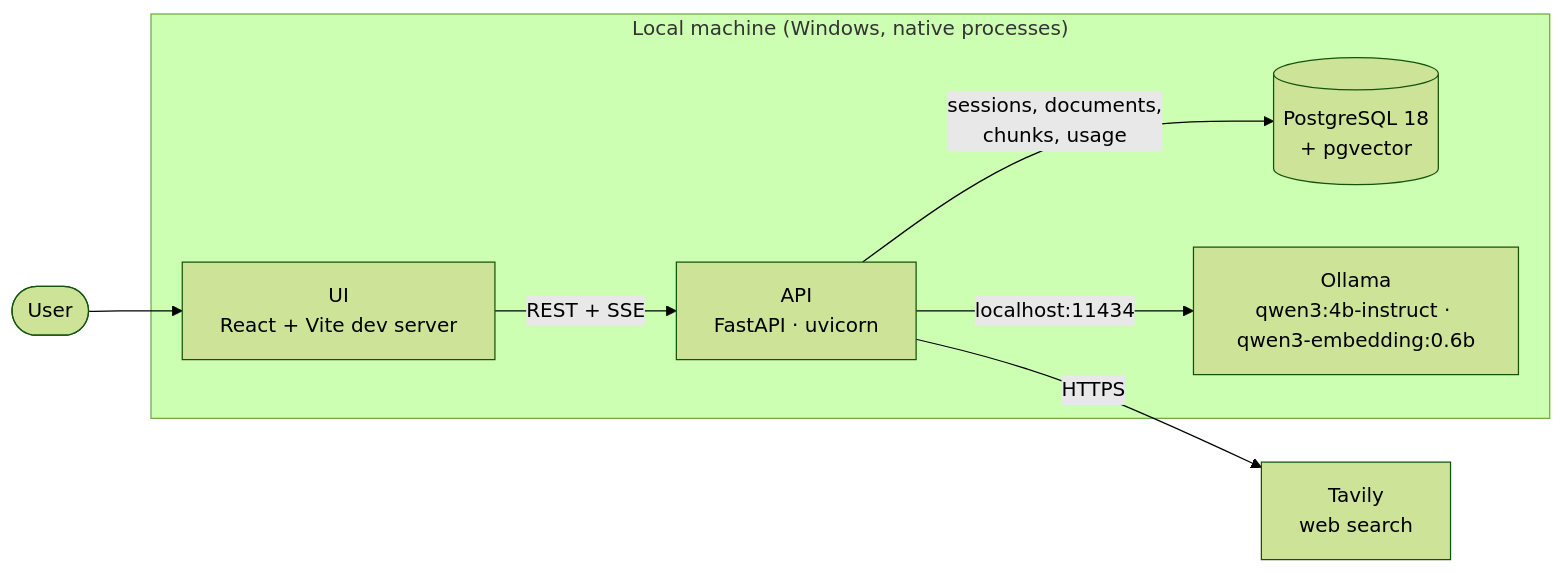
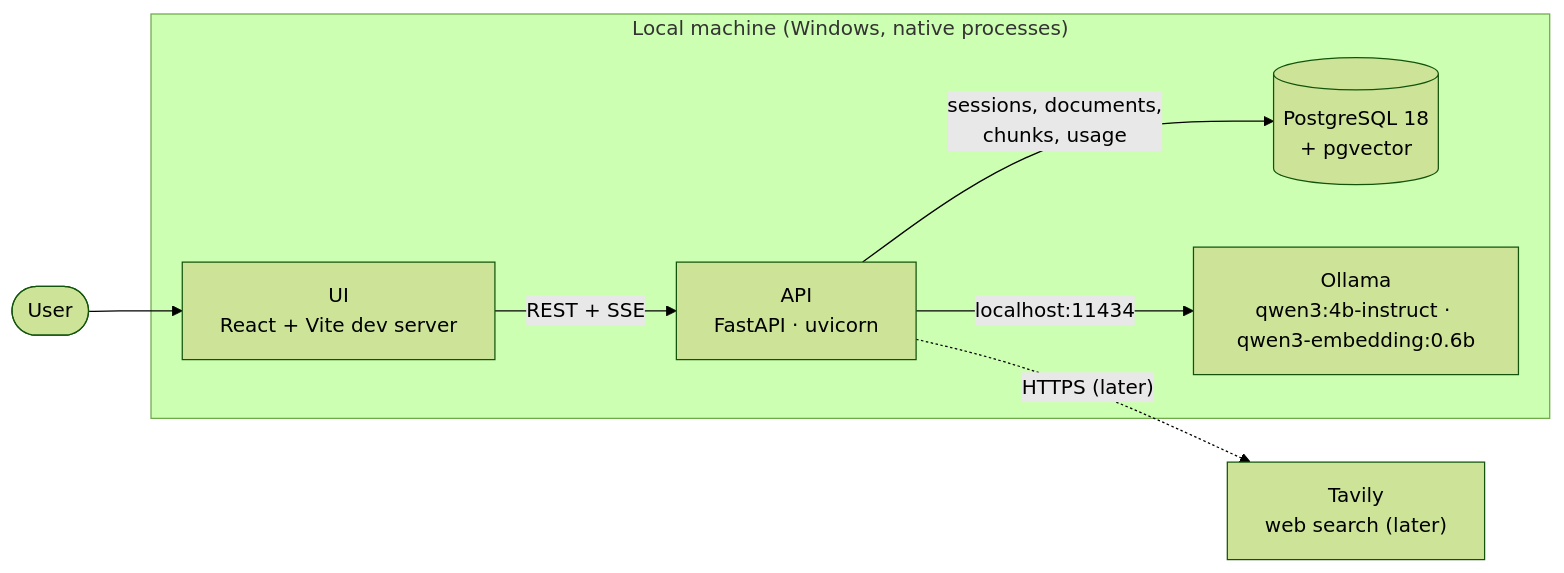
One commit to reddybharat/agentic-rag changed the first of 6 diagrams in docs/architecture.md. Above: the diagram before and after it, drawn with Mermaid (forest theme). The commit also changed other lines of this file and 4 other files, not shown here.

````diff
--- a/docs/architecture.md
+++ b/docs/architecture.md
@@ -17,19 +17,19 @@
 ```mermaid
 flowchart LR
     user([User])
 
     subgraph Host["Local machine (Windows, native processes)"]
         ui["UI<br/>React + Vite dev server"]
         api["API<br/>FastAPI · uvicorn"]
         db[("PostgreSQL 18<br/>+ pgvector")]
         ollama["Ollama<br/>qwen3:4b-instruct · qwen3-embedding:0.6b"]
     end
 
-    tavily["Tavily<br/>web search"]
+    tavily["Tavily<br/>web search (later)"]
 
     user --> ui
     ui -- "REST + SSE" --> api
     api -- "sessions, documents,<br/>chunks, usage" --> db
     api -- "localhost:11434" --> ollama
-    api -- HTTPS --> tavily
+    api -. "HTTPS (later)" .-> tavily
 ```
````
